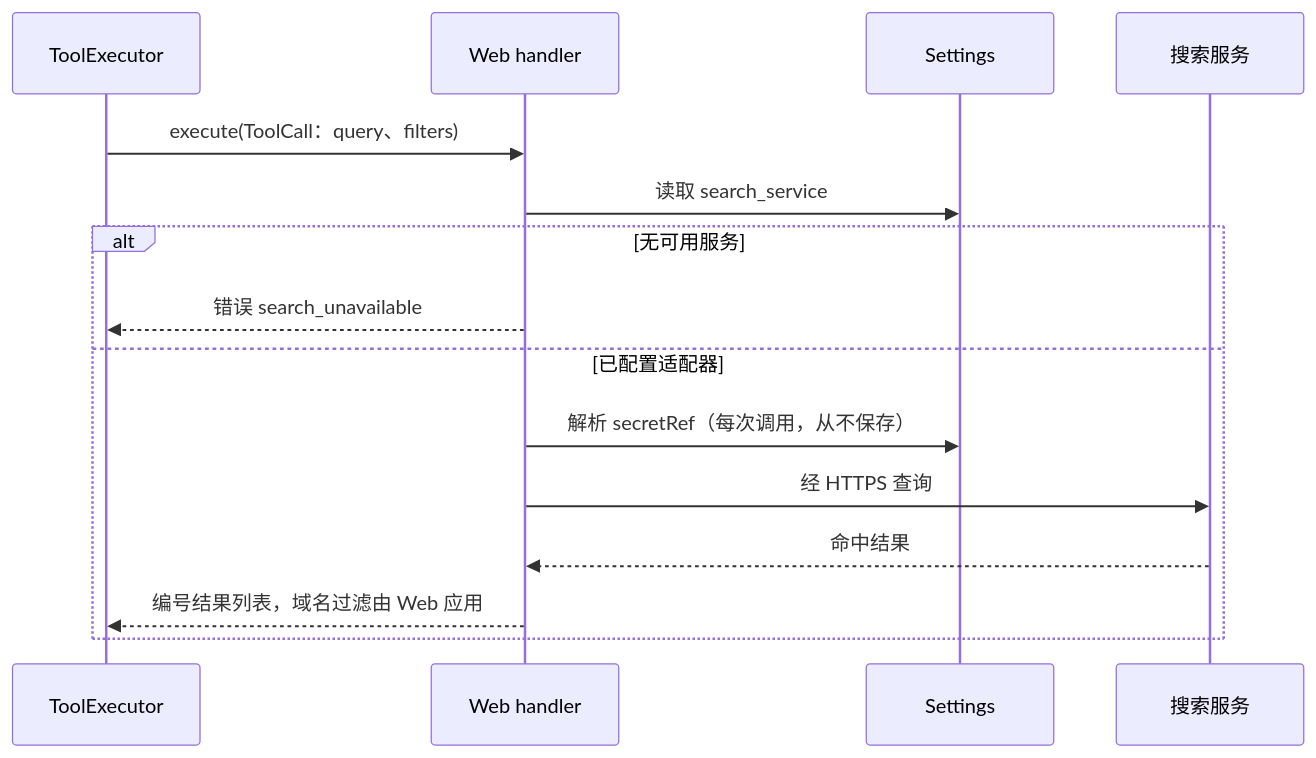
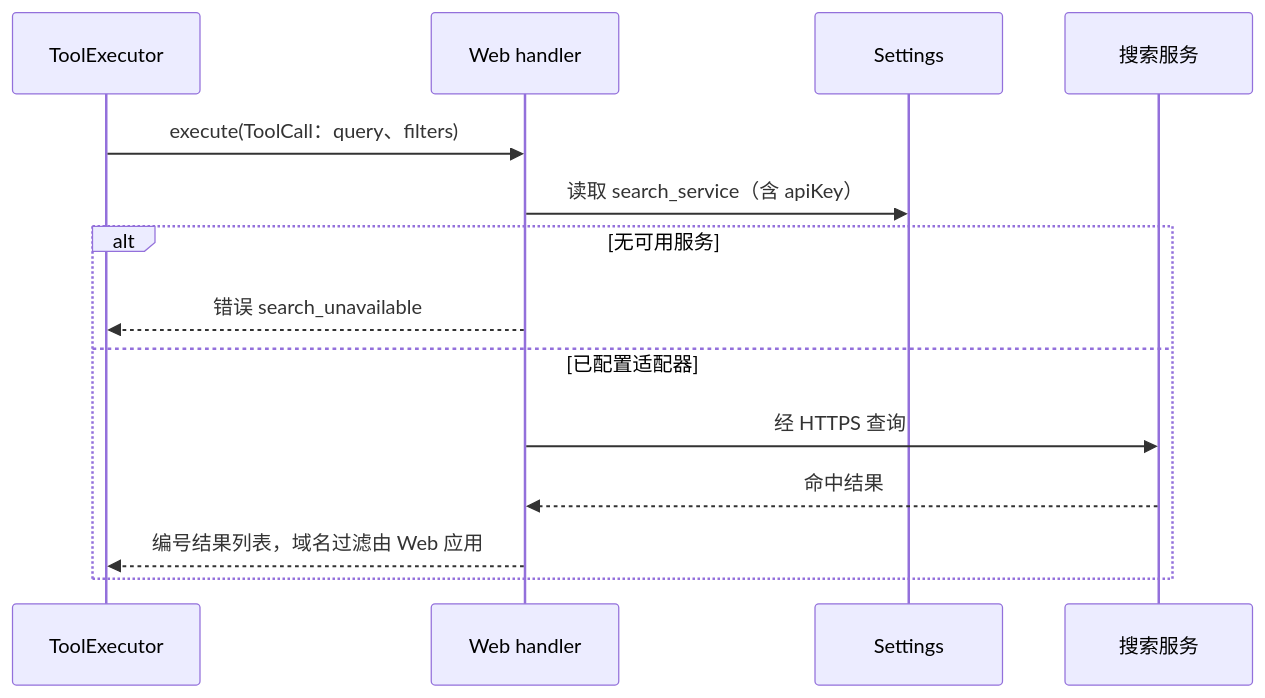
Before and after one commit to CoutinhoTTS/dim-agent: the fourth of 5 diagrams in docs/zh/design/plugins/Web.md, drawn with Mermaid. The commit also changed other lines of this file and 1 other file, not shown here.

Commit message:
docs(web): own the search API key instead of a credentials resolver

````diff
--- a/docs/zh/design/plugins/Web.md
+++ b/docs/zh/design/plugins/Web.md
@@ -95,17 +93,16 @@
 ```mermaid
 sequenceDiagram
   participant X as ToolExecutor
   participant W as Web handler
   participant S as Settings
   participant Q as 搜索服务
   X->>W: execute(ToolCall：query、filters)
-  W->>S: 读取 search_service
+  W->>S: 读取 search_service（含 apiKey）
   alt 无可用服务
     W-->>X: 错误 search_unavailable
   else 已配置适配器
-    W->>S: 解析 secretRef（每次调用，从不保存）
     W->>Q: 经 HTTPS 查询
     Q-->>W: 命中结果
     W-->>X: 编号结果列表，域名过滤由 Web 应用
   end
 ```
````
